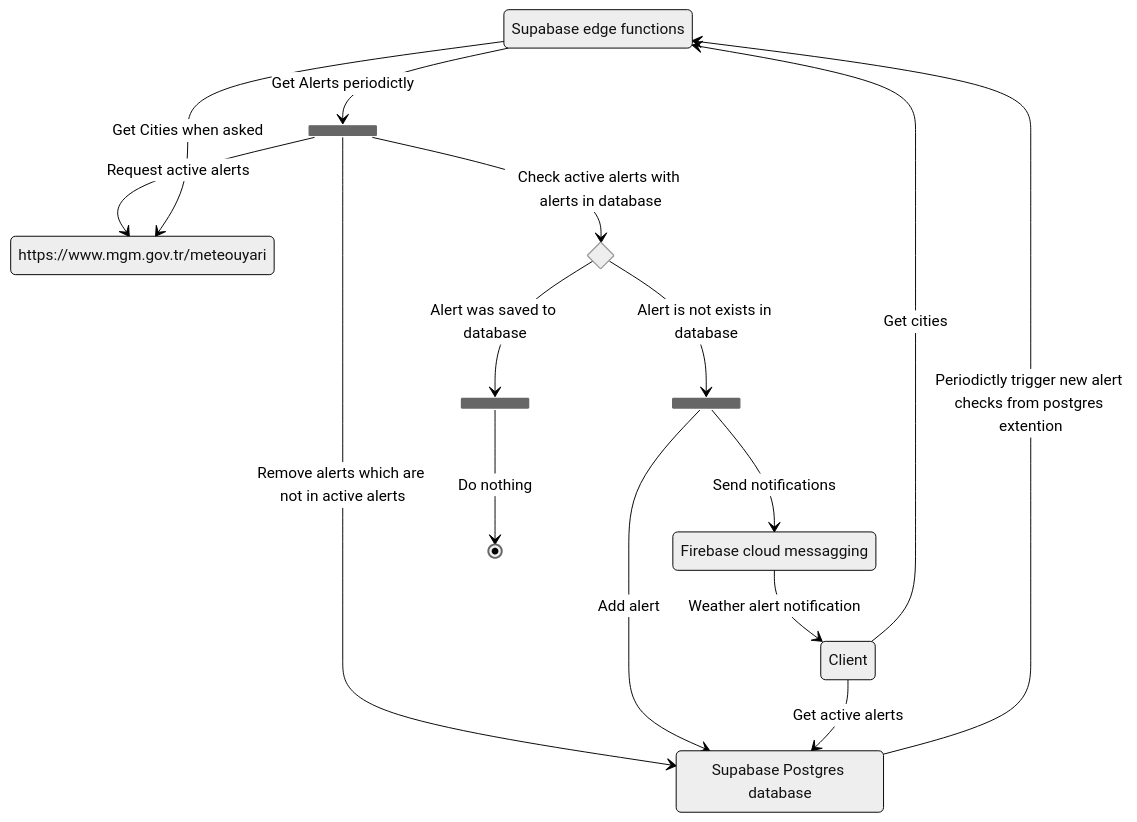
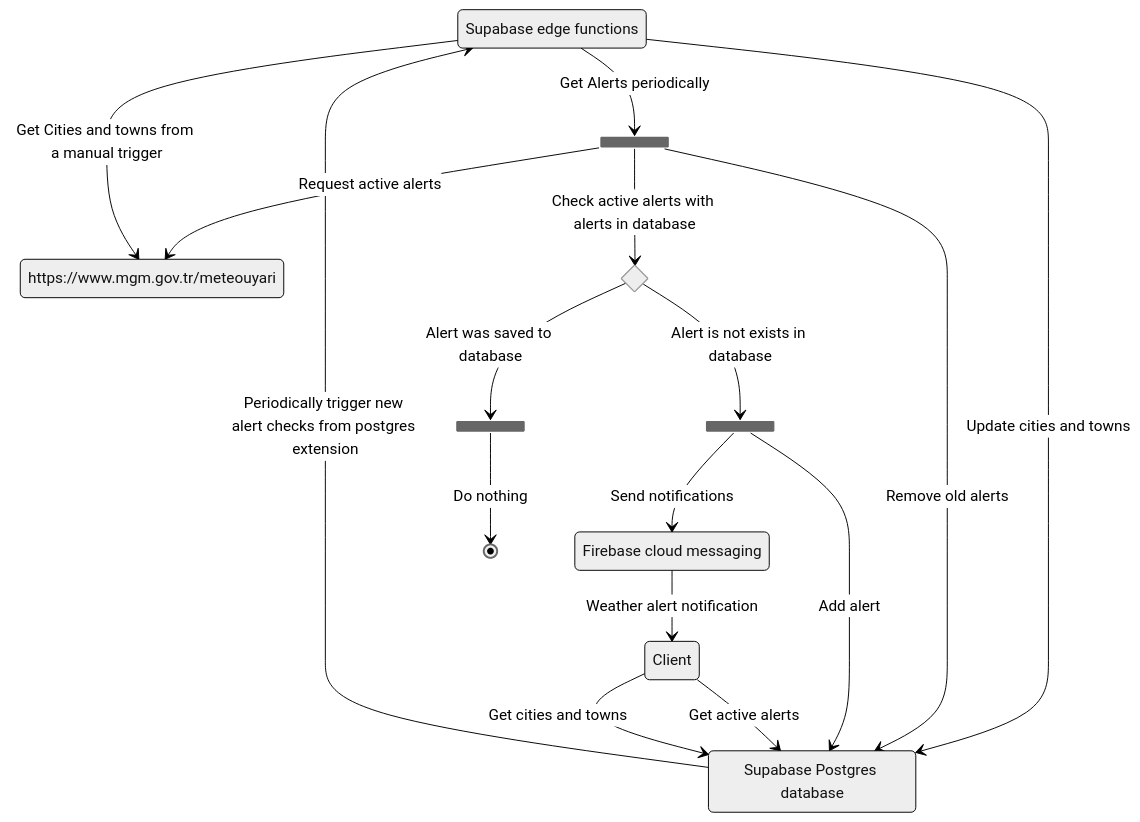
The diagram in README.md (iamalper/meteo_uyari), drawn with Mermaid (neutral theme) before and after one commit.

Commit message:
update project diagram

````diff
--- a/README.md
+++ b/README.md
@@ -12,26 +12,27 @@
 ```mermaid
 stateDiagram-v2
   state "https://www.mgm.gov.tr/meteouyari" as mgm
   state "Supabase edge functions" as sfunc
     state "Supabase Postgres database" as sdb
-  state "Firebase cloud messagging" as fcm
+  state "Firebase cloud messaging" as fcm
   state "Client" as client
   state isAlertSaved <<choice>>
   state forkAlertNew <<fork>>
   state forAlertIsNotOld <<fork>>
   state forkGetAlerts <<fork>>
-    sfunc --> forkGetAlerts : Get Alerts periodictly
+    sfunc --> sdb : Update cities and towns
+    sfunc --> forkGetAlerts : Get Alerts periodically
     forkGetAlerts --> mgm : Request active alerts
-    forkGetAlerts --> sdb : Remove alerts which are not in active alerts
-    sfunc --> mgm : Get Cities when asked
+    forkGetAlerts --> sdb : Remove old alerts
+    sfunc --> mgm : Get Cities and towns from a manual trigger
     forkGetAlerts --> isAlertSaved: Check active alerts with alerts in database
     isAlertSaved --> forkAlertNew : Alert is not exists in database
     forkAlertNew --> sdb: Add alert
     forkAlertNew --> fcm: Send notifications
     isAlertSaved --> forAlertIsNotOld : Alert was saved to database  
     forAlertIsNotOld --> [*]: Do nothing
-    sdb --> sfunc : Periodictly trigger new alert checks from postgres extention
+    sdb --> sfunc : Periodically trigger new alert checks from postgres extension
     fcm --> client: Weather alert notification
     client --> sdb: Get active alerts
-    client --> sfunc: Get cities
+    client --> sdb: Get cities and towns
 ```
````
